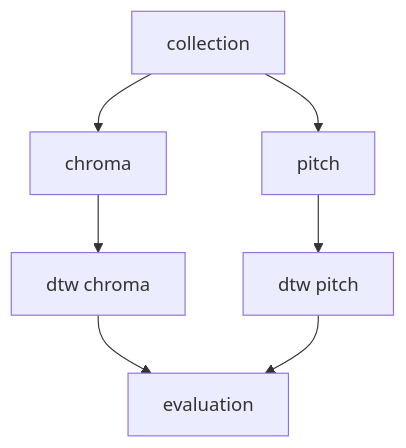
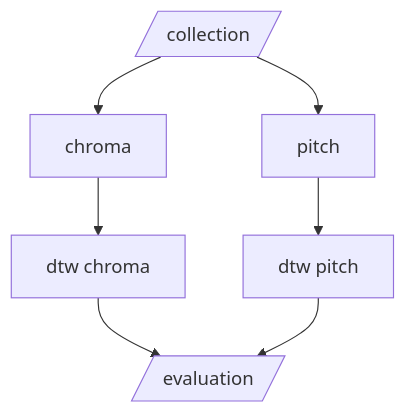
One commit to enter-opy/qbh-catalog changed the diagram in README.md. Above: the diagram before and after it, drawn with Mermaid.

Commit message:
pipeline

````diff
--- a/README.md
+++ b/README.md
@@ -8,9 +8,9 @@
 ```mermaid
 flowchart TB;
-	A[collection] --> B[chroma];
+	A[/collection/] --> B[chroma];
 	A --> C[pitch];
 	B --> D[dtw chroma];
 	C --> E[dtw pitch];
-	D --> F[evaluation];
-	E --> F[evaluation];
+	D --> F[/evaluation/];
+	E --> F;
 ```
````
